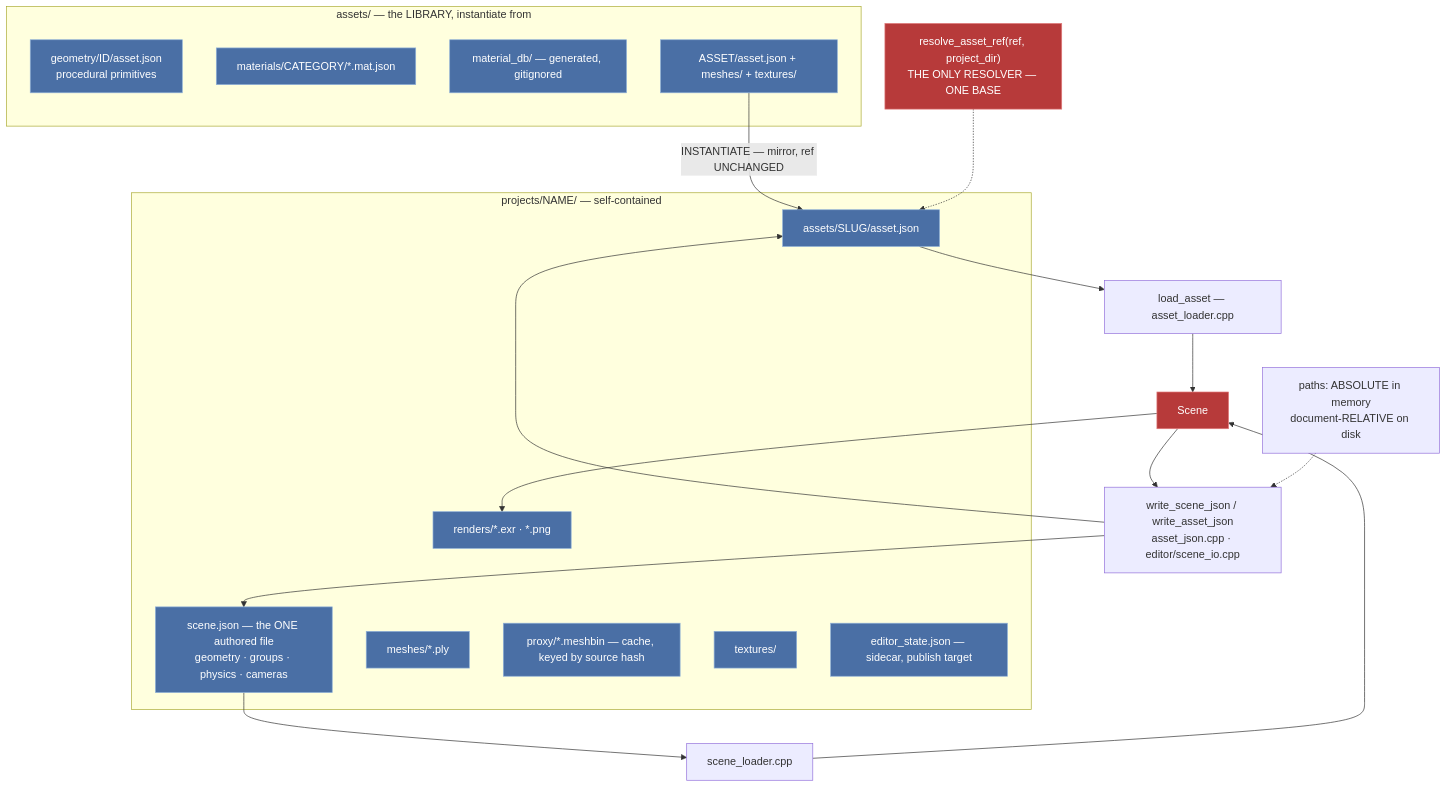
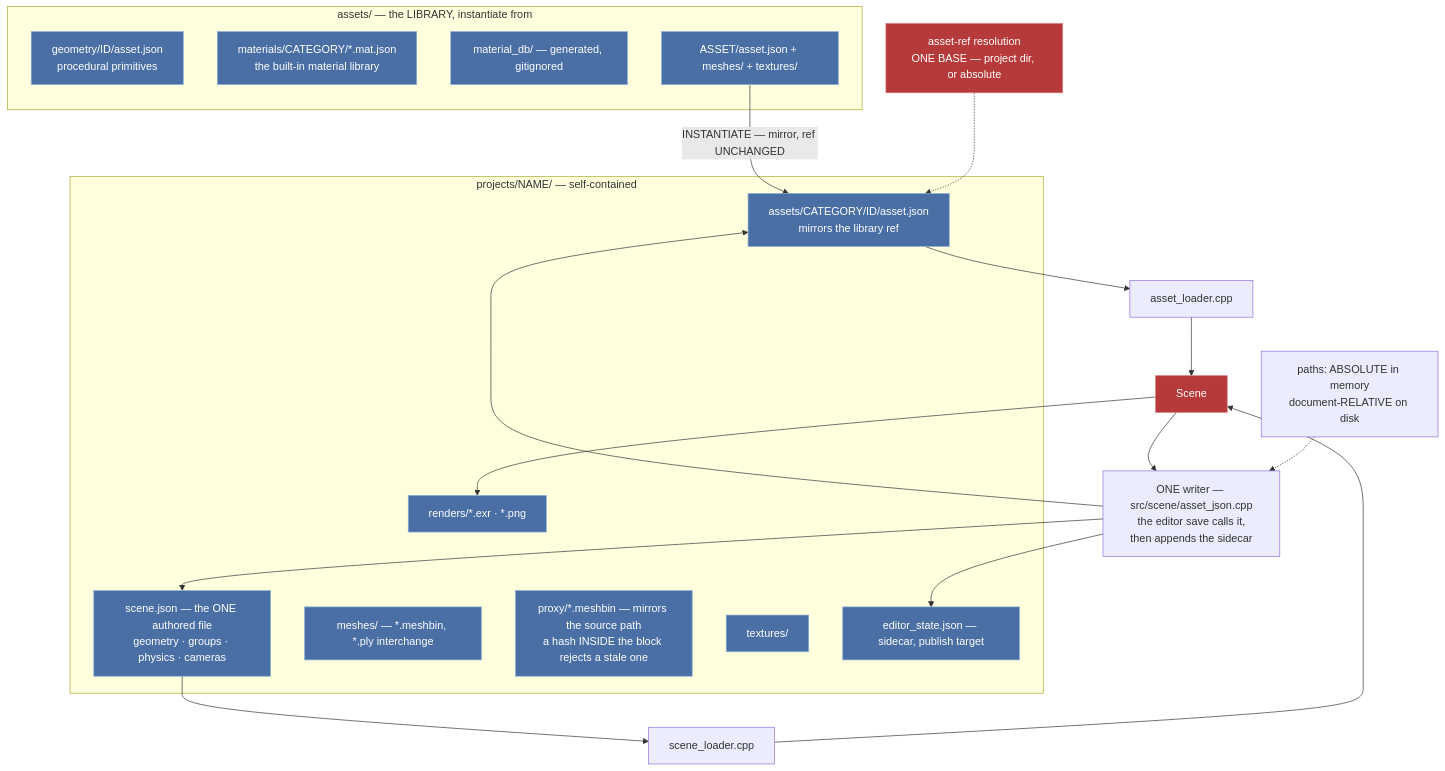
The fourth of 5 diagrams in README.md (nicolasgfx/Portfolio), drawn with Mermaid before and after one commit. The commit also changed other lines of this file, not shown here.

````diff
--- a/README.md
+++ b/README.md
@@ -326,39 +357,40 @@
 ```mermaid
 flowchart TD
   subgraph LIB["assets/ — the LIBRARY, instantiate from"]
     L1["geometry/ID/asset.json<br/>procedural primitives"]
-    L2["materials/CATEGORY/*.mat.json"]
+    L2["materials/CATEGORY/*.mat.json<br/>the built-in material library"]
     L3["material_db/ — generated, gitignored"]
     L4["ASSET/asset.json + meshes/ + textures/"]
   end
 
   subgraph PRJ["projects/NAME/ — self-contained"]
     P1["scene.json — the ONE authored file<br/>geometry · groups · physics · cameras"]
-    P2["assets/SLUG/asset.json"]
-    P3["meshes/*.ply"]
-    P4["proxy/*.meshbin — cache, keyed by source hash"]
+    P2["assets/CATEGORY/ID/asset.json<br/>mirrors the library ref"]
+    P3["meshes/ — *.meshbin, *.ply interchange"]
+    P4["proxy/*.meshbin — mirrors the source path<br/>a hash INSIDE the block rejects a stale one"]
     P5["textures/"]
     P6["editor_state.json — sidecar, publish target"]
     P7["renders/*.exr · *.png"]
   end
 
   L4 -->|"INSTANTIATE — mirror, ref UNCHANGED"| P2
   P1 --> RD["scene_loader.cpp"]
-  P2 --> RD2["load_asset — asset_loader.cpp"]
+  P2 --> RD2["asset_loader.cpp"]
   RD --> SCENE["Scene"]
   RD2 --> SCENE
-  SCENE --> WR["write_scene_json / write_asset_json<br/>asset_json.cpp · editor/scene_io.cpp"]
+  SCENE --> WR["ONE writer — src/scene/asset_json.cpp<br/>the editor save calls it,<br/>then appends the sidecar"]
   WR --> P1
   WR --> P2
+  WR --> P6
   SCENE --> P7
 
-  RESOLVE["resolve_asset_ref(ref, project_dir)<br/>THE ONLY RESOLVER — ONE BASE"]
+  RESOLVE["asset-ref resolution<br/>ONE BASE — project dir, or absolute"]
   RESOLVE -.-> P2
   PATHS["paths: ABSOLUTE in memory<br/>document-RELATIVE on disk"]
   PATHS -.-> WR
 
   classDef disk fill:#4a6fa5,stroke:#8fb0d8,color:#fff
   classDef truth fill:#b73a3a,stroke:#e07a7a,color:#fff
   class P1,P2,P3,P4,P5,P6,P7,L1,L2,L3,L4 disk
   class SCENE,RESOLVE truth
 ```
````
